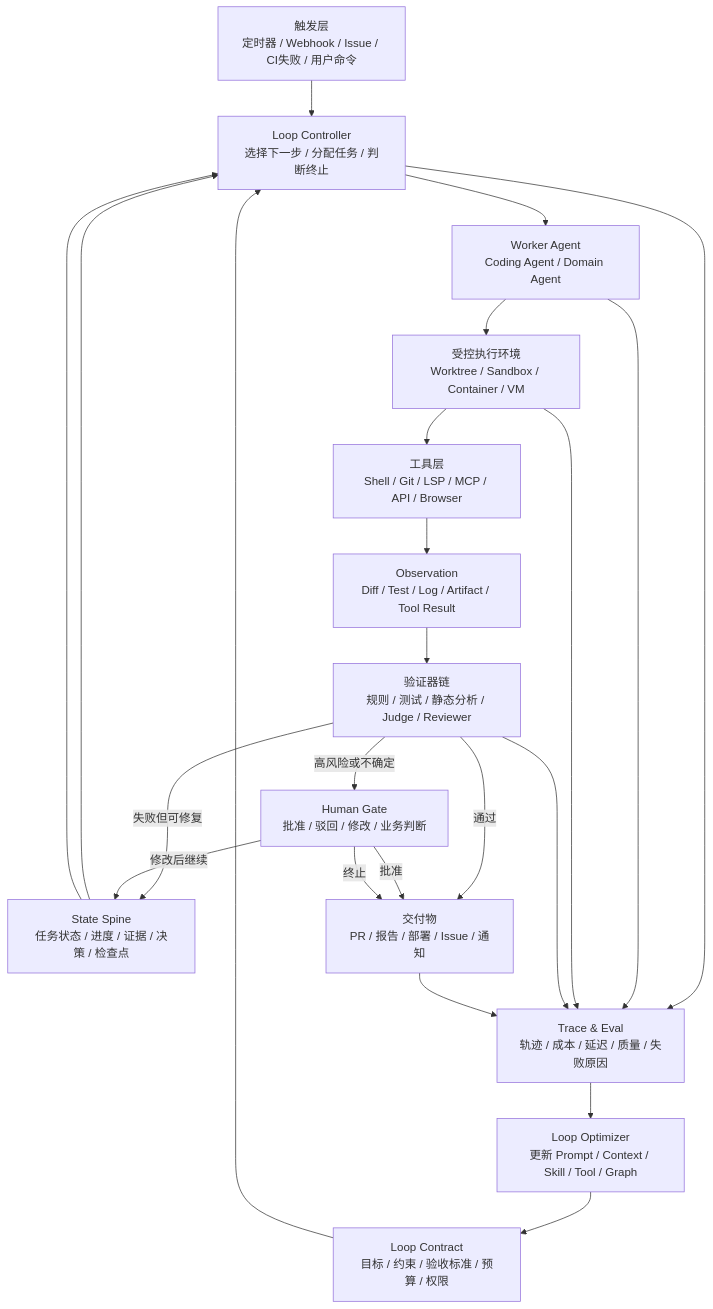
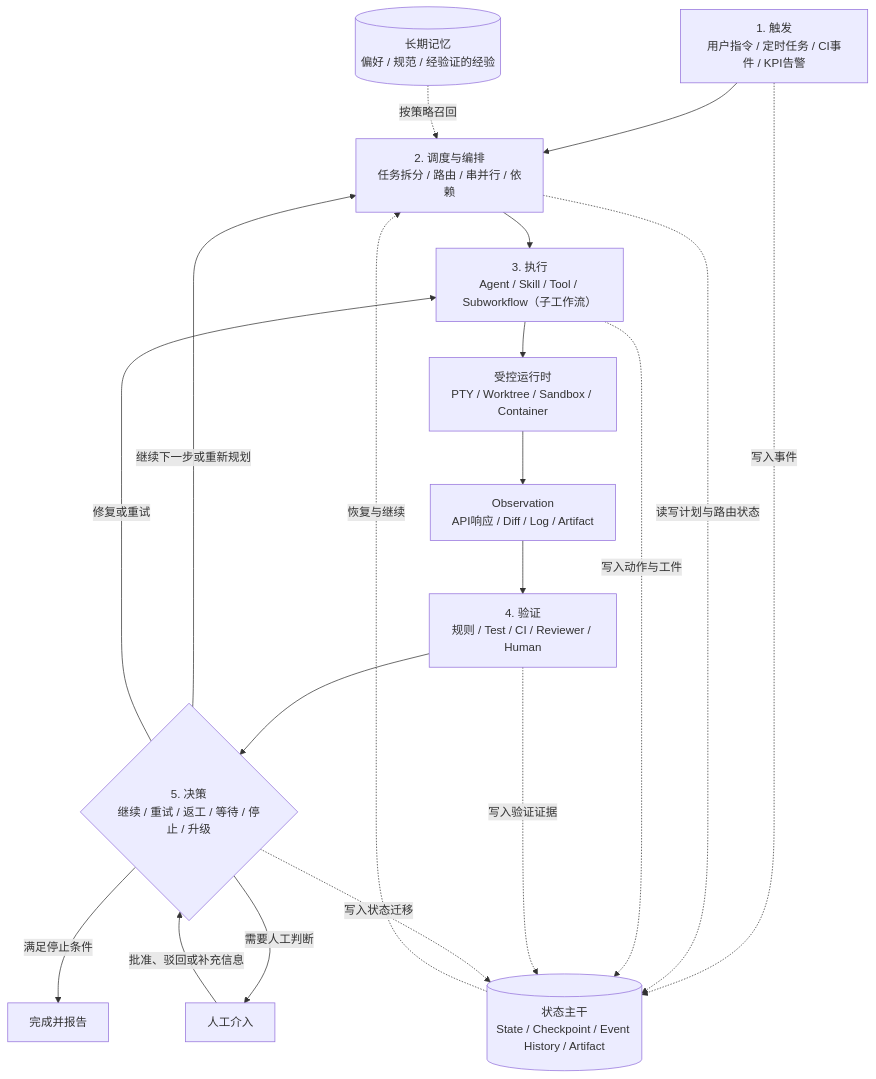
One commit to cdavid817/agent-book changed the second of 11 diagrams in 附录/附录22-主流LoopEngineering系统全景.md. Above: the diagram before and after it, drawn with Mermaid. The commit also changed other lines of this file, not shown here.

````diff
--- a/附录/附录22-主流LoopEngineering系统全景.md
+++ b/附录/附录22-主流LoopEngineering系统全景.md
@@ -698,44 +558,30 @@
 ```mermaid
 flowchart TB
-    Trigger["触发层<br/>定时器 / Webhook / Issue / CI失败 / 用户命令"]
-    Spec["Loop Contract<br/>目标 / 约束 / 验收标准 / 预算 / 权限"]
-    Controller["Loop Controller<br/>选择下一步 / 分配任务 / 判断终止"]
-    Worker["Worker Agent<br/>Coding Agent / Domain Agent"]
-    Runtime["受控执行环境<br/>Worktree / Sandbox / Container / VM"]
-    Tools["工具层<br/>Shell / Git / LSP / MCP / API / Browser"]
-    Observation["Observation<br/>Diff / Test / Log / Artifact / Tool Result"]
-    Verifier["验证器链<br/>规则 / 测试 / 静态分析 / Judge / Reviewer"]
-    State["State Spine<br/>任务状态 / 进度 / 证据 / 决策 / 检查点"]
-    Human["Human Gate<br/>批准 / 驳回 / 修改 / 业务判断"]
-    Output["交付物<br/>PR / 报告 / 部署 / Issue / 通知"]
-    Trace["Trace & Eval<br/>轨迹 / 成本 / 延迟 / 质量 / 失败原因"]
-    Optimizer["Loop Optimizer<br/>更新 Prompt / Context / Skill / Tool / Graph"]
+    T["1. 触发<br/>用户指令 / 定时任务 / CI事件 / KPI告警"]
+    O["2. 调度与编排<br/>任务拆分 / 路由 / 串并行 / 依赖"]
+    E["3. 执行<br/>Agent / Skill / Tool / Subworkflow（子工作流）"]
+    R["受控运行时<br/>PTY / Worktree / Sandbox / Container"]
+    B["Observation<br/>API响应 / Diff / Log / Artifact"]
+    V["4. 验证<br/>规则 / Test / CI / Reviewer / Human"]
+    D{"5. 决策<br/>继续 / 重试 / 返工 / 等待 / 停止 / 升级"}
+    H["人工介入"]
+    F["完成并报告"]
 
-    Trigger --> Controller
-    Spec --> Controller
-    State --> Controller
+    S[("状态主干<br/>State / Checkpoint / Event History / Artifact")]
+    M[("长期记忆<br/>偏好 / 规范 / 经验证的经验")]
 
-    Controller --> Worker
-    Worker --> Runtime
-    Runtime --> Tools
-    Tools --> Observation
-    Observation --> Verifier
+    T --> O --> E --> R --> B --> V --> D
+    D -->|"继续下一步或重新规划"| O
+    D -->|"修复或重试"| E
+    D -->|"需要人工判断"| H
+    D -->|"满足停止条件"| F
+    H -->|"批准、驳回或补充信息"| D
 
-    Verifier -->|"通过"| Output
-    Verifier -->|"失败但可修复"| State
-    State --> Controller
-
-    Verifier -->|"高风险或不确定"| Human
-    Human -->|"修改后继续"| State
-    Human -->|"批准"| Output
-    Human -->|"终止"| Output
-
-    Controller --> Trace
-    Worker --> Trace
-    Runtime --> Trace
-    Verifier --> Trace
-    Output --> Trace
-
-    Trace --> Optimizer
-    Optimizer --> Spec
+    T -. "写入事件" .-> S
+    O -. "读写计划与路由状态" .-> S
+    E -. "写入动作与工件" .-> S
+    V -. "写入验证证据" .-> S
+    D -. "写入状态迁移" .-> S
+    S -. "恢复与继续" .-> O
+    M -. "按策略召回" .-> O
 ```
````
